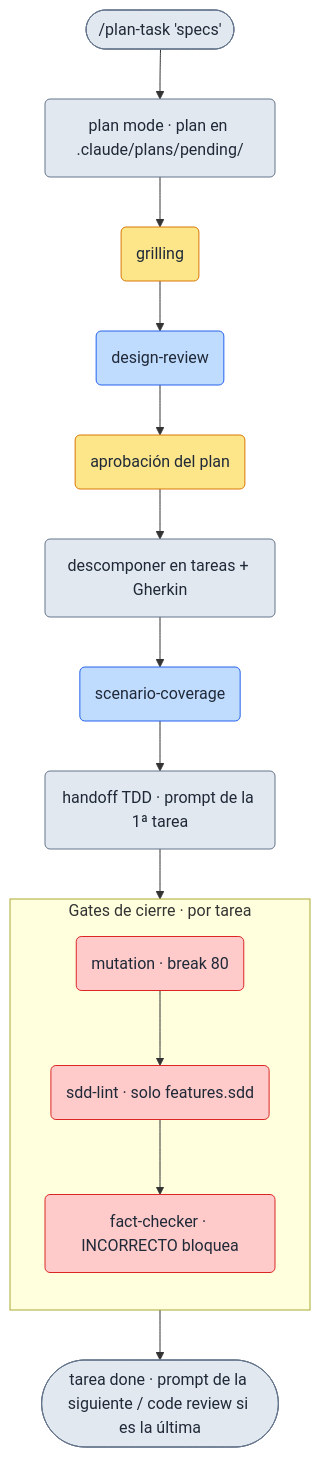
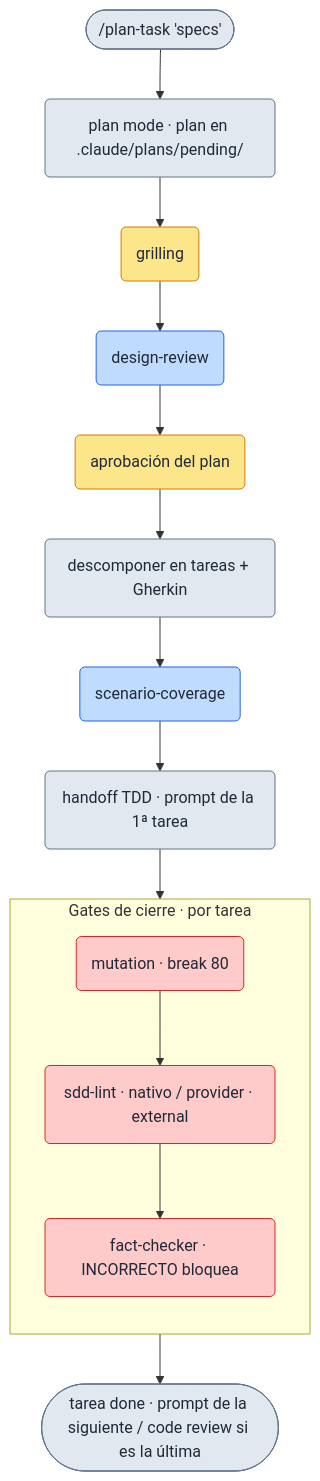
One commit to drossan/claude-plugins changed the first of 2 diagrams in website/guia/pipeline.md. Above: the diagram before and after it, drawn with Mermaid. The commit also changed other lines of this file and 14 other files, not shown here.

````diff
--- a/website/guia/pipeline.md
+++ b/website/guia/pipeline.md
@@ -8,21 +8,21 @@
 ```mermaid
 flowchart TD
     A(["/plan-task 'specs'"]):::normal --> B("plan mode · plan en .claude/plans/pending/"):::normal
     B --> G("grilling"):::human
     G --> DR("design-review"):::agent
     DR --> AP("aprobación del plan"):::human
     AP --> T("descomponer en tareas + Gherkin"):::normal
     T --> SC("scenario-coverage"):::agent
     SC --> HO("handoff TDD · prompt de la 1ª tarea"):::normal
     HO --> M
     subgraph cierre ["Gates de cierre · por tarea"]
       direction TB
-      M("mutation · break 80"):::gate --> SL("sdd-lint · solo features.sdd"):::gate --> FC("fact-checker · INCORRECTO bloquea"):::gate
+      M("mutation · break 80"):::gate --> SL("sdd-lint · nativo / provider · external"):::gate --> FC("fact-checker · INCORRECTO bloquea"):::gate
     end
     FC --> D(["tarea done · prompt de la siguiente / code review si es la última"]):::normal
 
     classDef human  fill:#fde68a,stroke:#d97706,color:#1f2937
     classDef agent  fill:#bfdbfe,stroke:#2563eb,color:#1f2937
     classDef gate   fill:#fecaca,stroke:#dc2626,color:#1f2937
     classDef normal fill:#e2e8f0,stroke:#64748b,color:#1f2937
 ```
````
